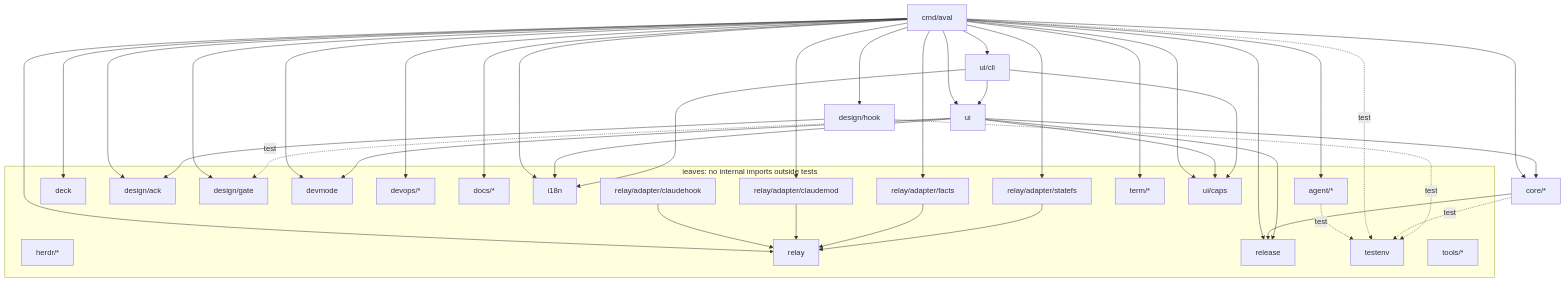
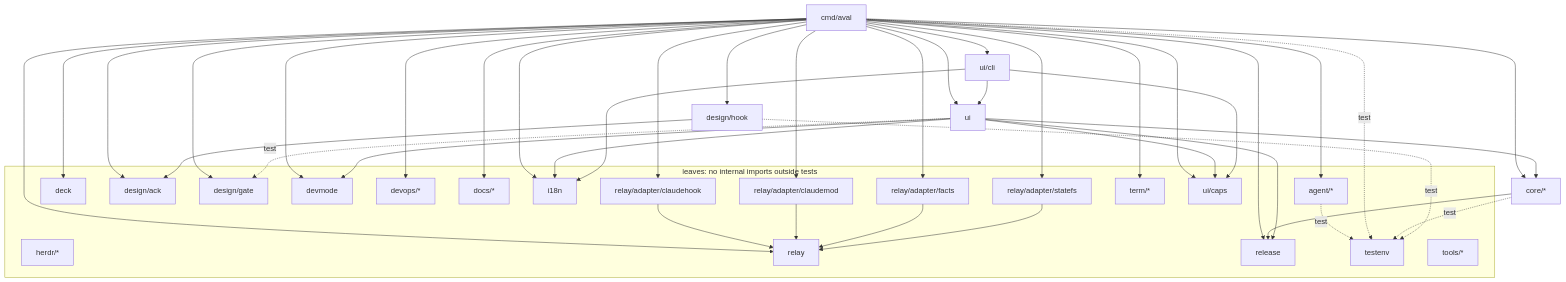
Before and after one commit to alvaroofernaandez/aval: the diagram in docs/architecture/model.md, drawn with Mermaid. The commit also changed 6 other files, not shown here.

````diff
--- a/docs/architecture/model.md
+++ b/docs/architecture/model.md
@@ -12,67 +12,68 @@
 ```mermaid
 flowchart TD
   cmd_aval["cmd/aval"]
   ui_cli["ui/cli"]
   ui["ui"]
   core["core/*"]
   design_hook["design/hook"]
   subgraph leaves["leaves: no internal imports outside tests"]
     agent["agent/*"]
     deck["deck"]
     design_ack["design/ack"]
     design_gate["design/gate"]
     devmode["devmode"]
     devops["devops/*"]
     docs["docs/*"]
     herdr["herdr/*"]
     i18n["i18n"]
     relay["relay"]
     relay_adapter_claudehook["relay/adapter/claudehook"]
     relay_adapter_claudemod["relay/adapter/claudemod"]
     relay_adapter_facts["relay/adapter/facts"]
     relay_adapter_statefs["relay/adapter/statefs"]
     release["release"]
     term["term/*"]
     testenv["testenv"]
     tools["tools/*"]
     ui_caps["ui/caps"]
   end
   agent -.->|test| testenv
   cmd_aval --> agent
   cmd_aval --> core
   cmd_aval --> deck
   cmd_aval --> design_ack
   cmd_aval --> design_gate
   cmd_aval --> design_hook
   cmd_aval --> devmode
   cmd_aval --> devops
   cmd_aval --> docs
   cmd_aval --> i18n
   cmd_aval --> relay
+  cmd_aval --> relay_adapter_claudehook
   cmd_aval --> relay_adapter_claudemod
   cmd_aval --> relay_adapter_facts
   cmd_aval --> relay_adapter_statefs
   cmd_aval --> release
   cmd_aval --> term
   cmd_aval --> ui
   cmd_aval --> ui_caps
   cmd_aval --> ui_cli
   cmd_aval -.->|test| testenv
   core --> release
   core -.->|test| testenv
   design_hook --> design_ack
   design_hook -.->|test| testenv
   relay_adapter_claudehook --> relay
   relay_adapter_claudemod --> relay
   relay_adapter_facts --> relay
   relay_adapter_statefs --> relay
   ui --> core
   ui --> devmode
   ui --> i18n
   ui --> release
   ui --> ui_caps
   ui -.->|test| design_gate
   ui_cli --> i18n
   ui_cli --> ui
   ui_cli --> ui_caps
 ```
````
